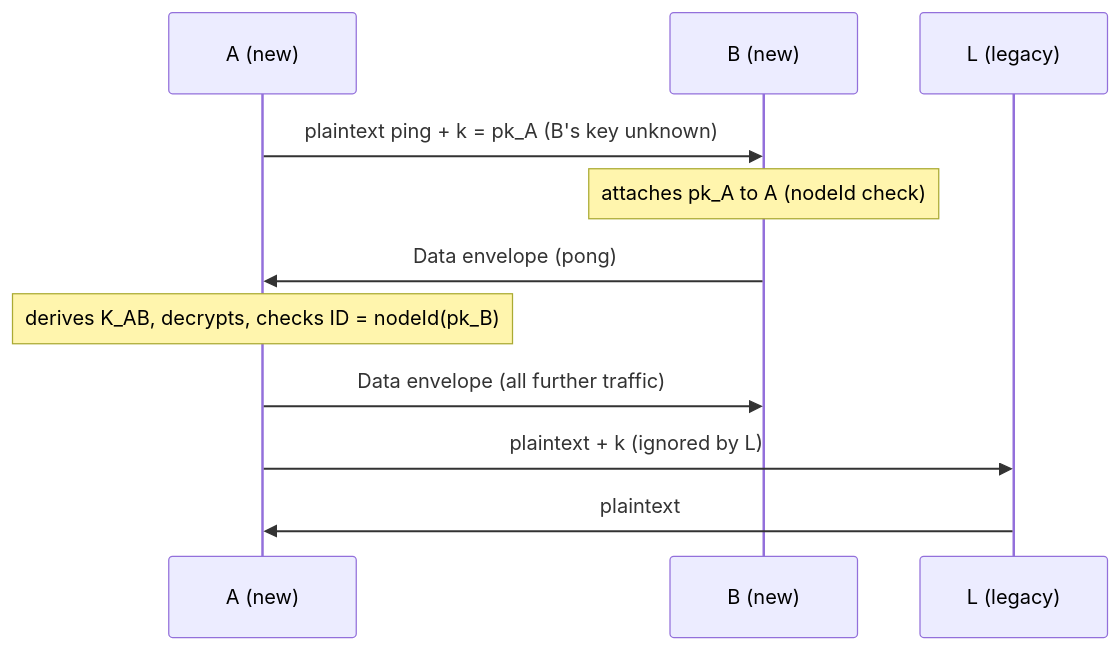
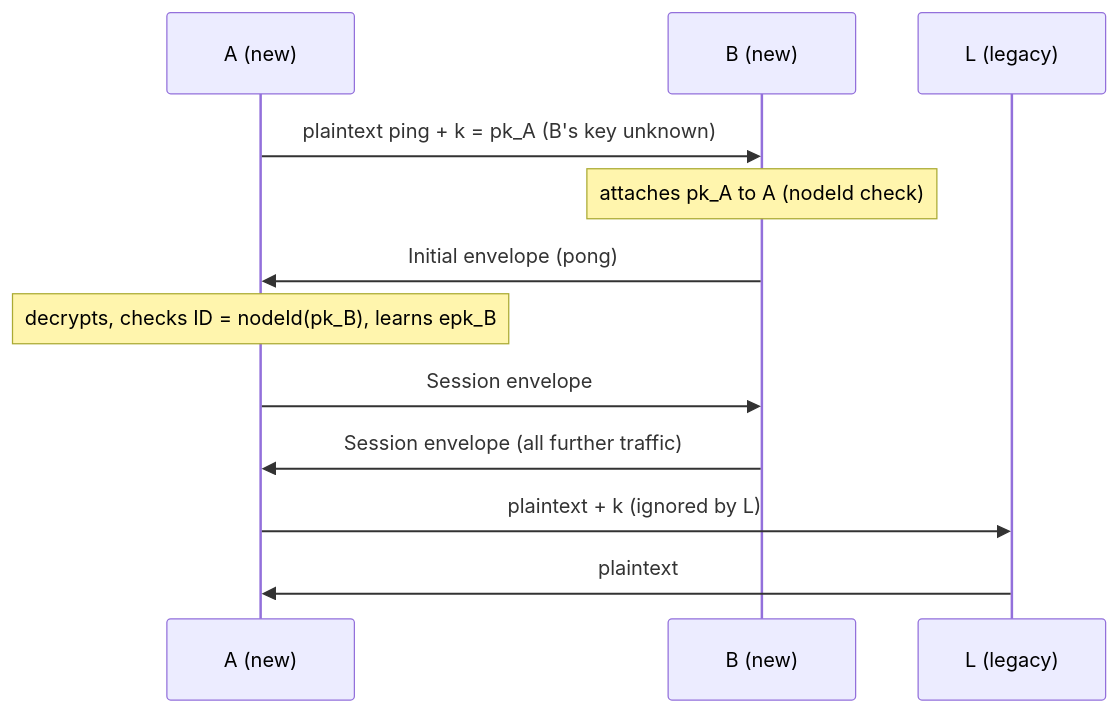
Before and after one commit to savoirfairelinux/opendht: the first of 2 diagrams in docs/transport-crypto.md, drawn with Mermaid. The commit also changed other lines of this file, not shown here.

````diff
--- a/docs/transport-crypto.md
+++ b/docs/transport-crypto.md
@@ -252,13 +289,14 @@
 ```mermaid
 sequenceDiagram
     participant A as A (new)
     participant B as B (new)
     participant L as L (legacy)
     A->>B: plaintext ping + k = pk_A (B's key unknown)
     Note over B: attaches pk_A to A (nodeId check)
-    B->>A: Data envelope (pong)
-    Note over A: derives K_AB, decrypts, checks ID = nodeId(pk_B)
-    A->>B: Data envelope (all further traffic)
+    B->>A: Initial envelope (pong)
+    Note over A: decrypts, checks ID = nodeId(pk_B), learns epk_B
+    A->>B: Session envelope
+    B->>A: Session envelope (all further traffic)
     A->>L: plaintext + k (ignored by L)
     L->>A: plaintext
 ```
````
